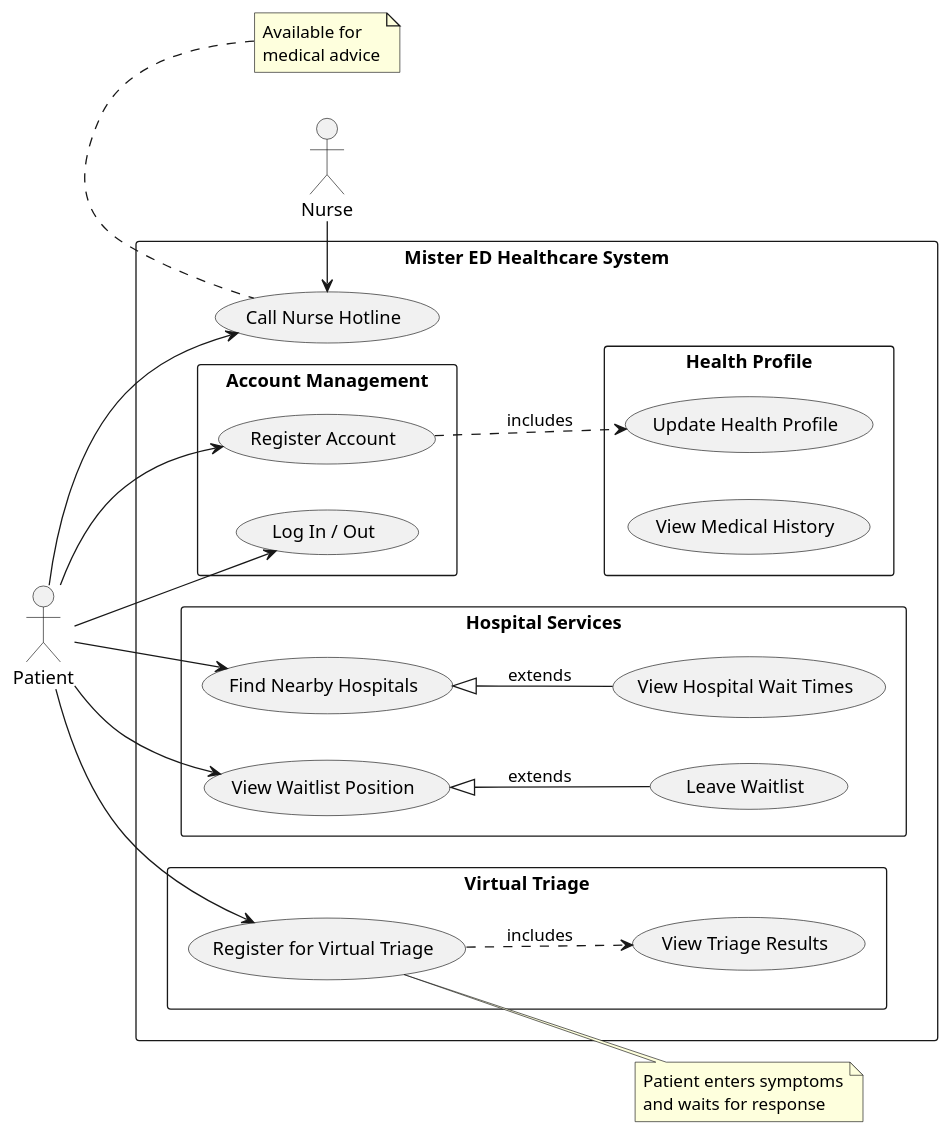
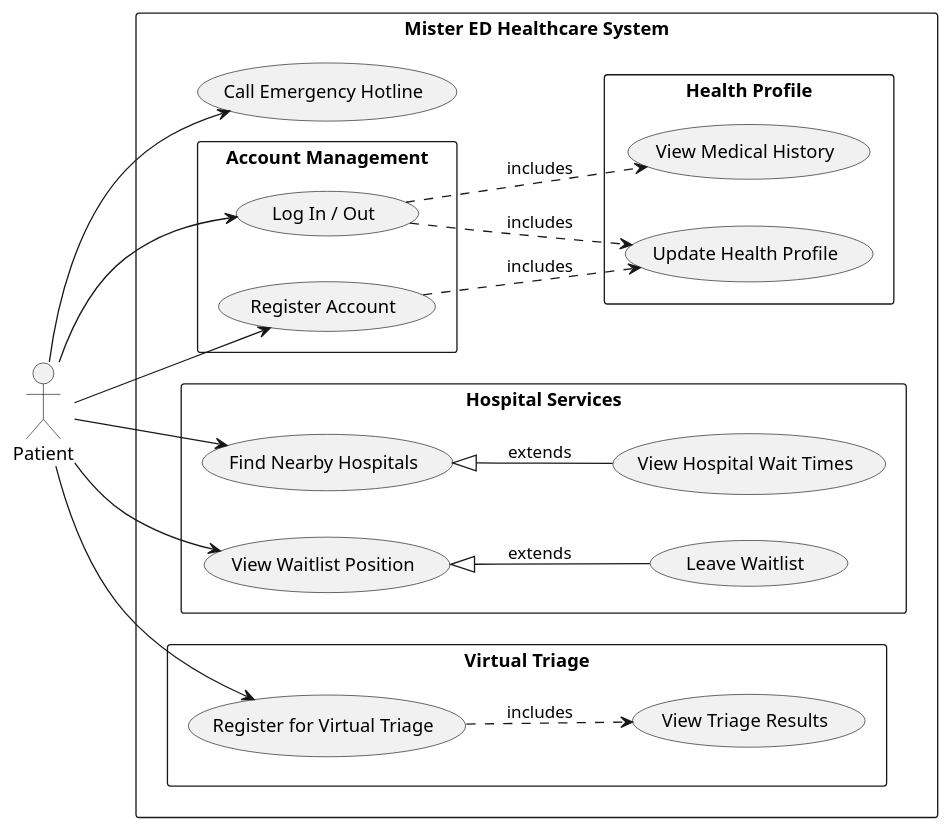
One commit to SENG-350-2024-fall/Team-13 changed the diagram in Use Case Diagrams/Patient Diagram.puml. Above: the diagram before and after it, drawn with PlantUML. The commit also changed 2 other files, not shown here.

Commit message:
Updated Patient Diagrams and PUML Commit by @arfazhxss on Sun 29 Sep 2024

```diff
--- a/Use Case Diagrams/Patient Diagram.puml
+++ b/Use Case Diagrams/Patient Diagram.puml
@@ -1,51 +1,40 @@
 @startuml
 left to right direction
 actor "Patient" as patient
 rectangle "Mister ED Healthcare System" {
   rectangle "Account Management" {
     usecase "Register Account" as UC1
     usecase "Log In / Out" as UC2
   }
   rectangle "Health Profile" {
     usecase "Update Health Profile" as UC3
     usecase "View Medical History" as UC11
   }
   rectangle "Hospital Services" {
     usecase "Find Nearby Hospitals" as UC4
     usecase "View Hospital Wait Times" as UC5
     usecase "View Waitlist Position" as UC9
     usecase "Leave Waitlist" as UC10
   }
+  usecase "Call Emergency Hotline" as UC6
   rectangle "Virtual Triage" {
     usecase "Register for Virtual Triage" as UC7
     usecase "View Triage Results" as UC8
   }
-  usecase "Call Nurse Hotline" as UC6
 }
-
-actor "Nurse" as nurse
 
 patient --> UC1
 patient --> UC2
 patient --> UC4
 patient --> UC6
 patient --> UC7
 patient --> UC9
 
-nurse -left-> UC6
-
 UC1 ..> UC3 : includes
+UC2 ..> UC11 : includes
+UC2 ..> UC3 : includes
 UC7 ..> UC8 : includes
 UC4 <|-- UC5 : extends
 UC9 <|-- UC10 : extends
 
-note top of UC6
-  Available for
-  medical advice
-end note
-
-note right of UC7
-  Patient enters symptoms
-  and waits for response
-end note
 @enduml
```
